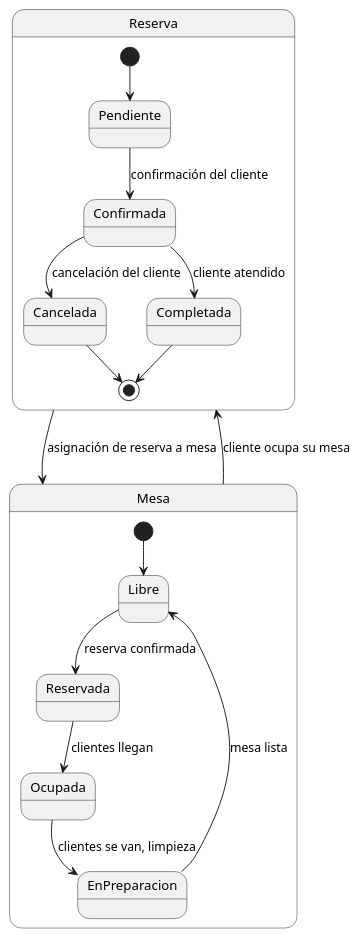
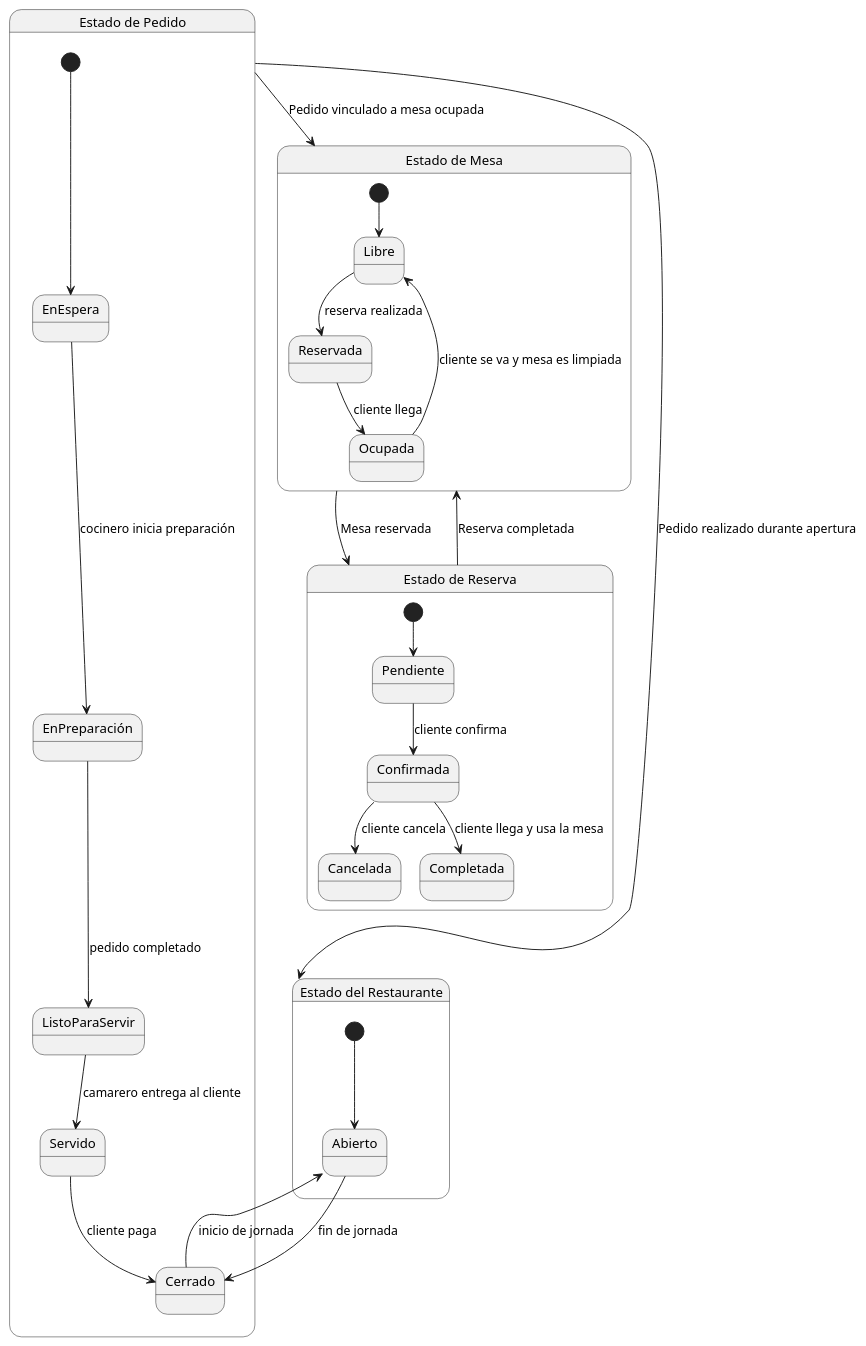
One commit to mmasias/24-25-IdSw2-SDD changed the diagram in ModeloDeDominio/plantUML/DiagramaDeEstados.puml. Above: the diagram before and after it, drawn with PlantUML. The commit also changed 1 other file, not shown here.

Commit message:
diagrama de estados actualizado

```diff
--- a/ModeloDeDominio/plantUML/DiagramaDeEstados.puml
+++ b/ModeloDeDominio/plantUML/DiagramaDeEstados.puml
@@ -1,25 +1,36 @@
 @startuml
 
-' Diagrama de Estados
-
-state "Reserva" as Reserva {
-    [*] --> Pendiente
-    Pendiente --> Confirmada : confirmación del cliente
-    Confirmada --> Cancelada : cancelación del cliente
-    Confirmada --> Completada : cliente atendido
-    Cancelada --> [*]
-    Completada --> [*]
+state "Estado de Mesa" as MesaState {
+    [*] --> Libre
+    Libre --> Reservada : reserva realizada
+    Reservada --> Ocupada : cliente llega
+    Ocupada --> Libre : cliente se va y mesa es limpiada
 }
 
-state "Mesa" as Mesa {
-    [*] --> Libre
-    Libre --> Reservada : reserva confirmada
-    Reservada --> Ocupada : clientes llegan
-    Ocupada --> EnPreparacion : clientes se van, limpieza
-    EnPreparacion --> Libre : mesa lista
+state "Estado de Reserva" as ReservaState {
+    [*] --> Pendiente
+    Pendiente --> Confirmada : cliente confirma
+    Confirmada --> Cancelada : cliente cancela
+    Confirmada --> Completada : cliente llega y usa la mesa
 }
 
-Reserva --> Mesa : asignación de reserva a mesa
-Mesa --> Reserva : cliente ocupa su mesa
+state "Estado de Pedido" as PedidoState {
+    [*] --> EnEspera
+    EnEspera --> EnPreparación : cocinero inicia preparación
+    EnPreparación --> ListoParaServir : pedido completado
+    ListoParaServir --> Servido : camarero entrega al cliente
+    Servido --> Cerrado : cliente paga
+}
+
+state "Estado del Restaurante" as RestauranteState {
+    [*] --> Abierto
+    Abierto --> Cerrado : fin de jornada
+    Cerrado --> Abierto : inicio de jornada
+}
+
+MesaState --> ReservaState : Mesa reservada
+ReservaState --> MesaState : Reserva completada
+PedidoState --> MesaState : Pedido vinculado a mesa ocupada
+PedidoState --> RestauranteState : Pedido realizado durante apertura
 
 @enduml
```
